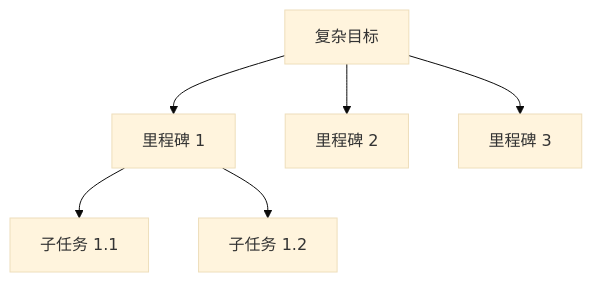
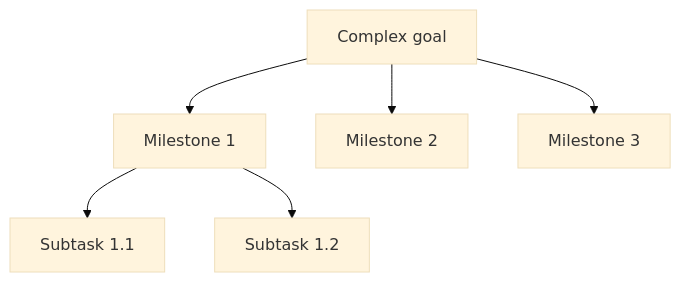
The fourth of 17 diagrams in docs/agent/02-reasoning-planning/11-llm-agent-planning.md (oneleaveknowsthefall/awesome-ai-roadmap), drawn with Mermaid (base theme) before and after one commit. The commit also changed other lines of this file and 68 other files, not shown here.

````diff
--- a/docs/agent/02-reasoning-planning/11-llm-agent-planning.md
+++ b/docs/agent/02-reasoning-planning/11-llm-agent-planning.md
@@ -222,8 +222,8 @@
 ```mermaid
 flowchart TB
-    G[复杂目标] --> M1[里程碑 1]
-    G --> M2[里程碑 2]
-    G --> M3[里程碑 3]
-    M1 --> T11[子任务 1.1]
-    M1 --> T12[子任务 1.2]
+    G[Complex goal] --> M1[Milestone 1]
+    G --> M2[Milestone 2]
+    G --> M3[Milestone 3]
+    M1 --> T11[Subtask 1.1]
+    M1 --> T12[Subtask 1.2]
 ```
````
